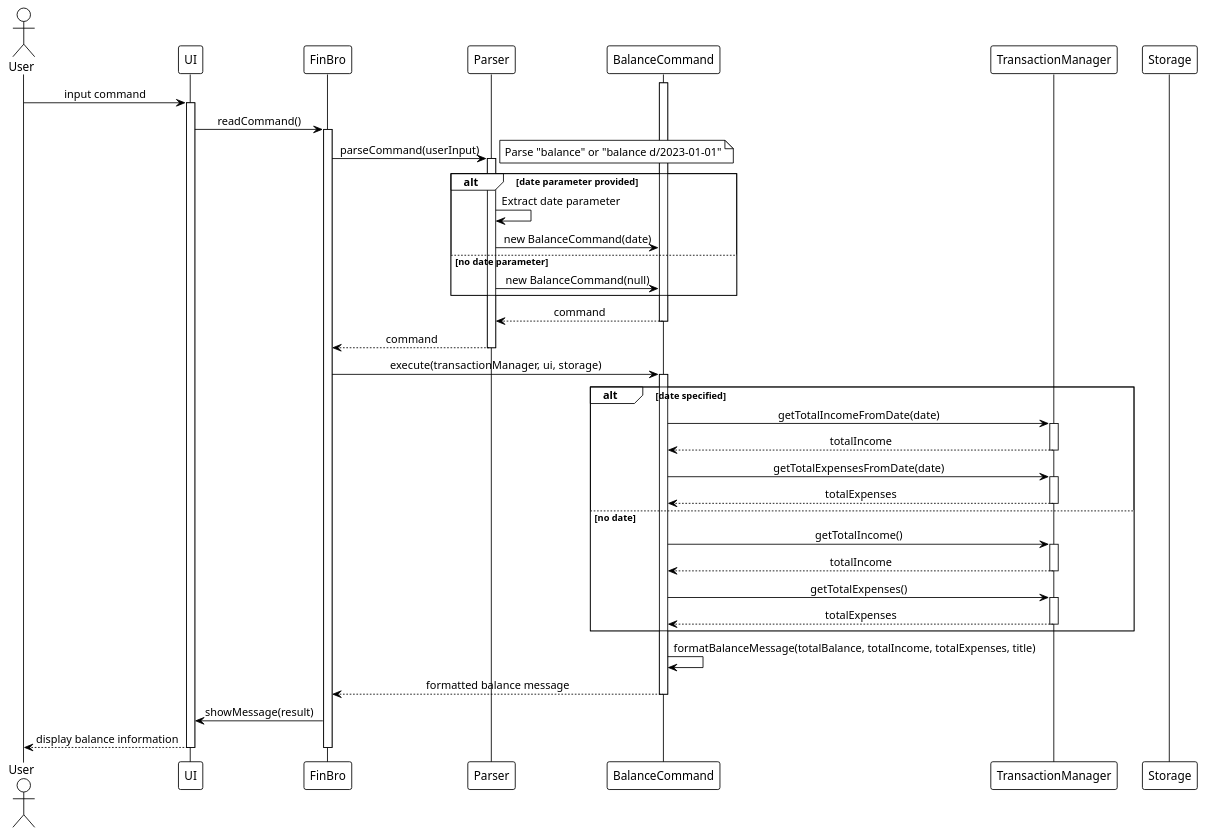
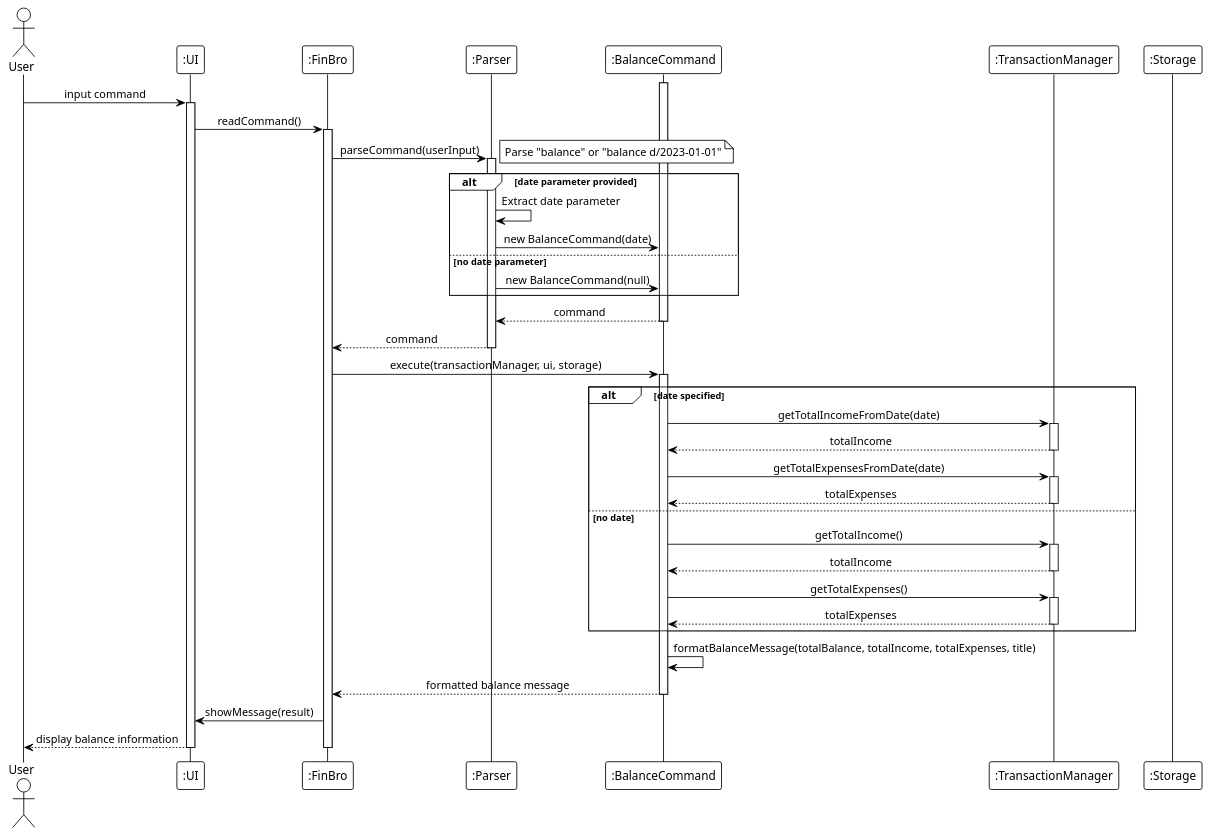
One commit to laitcanard05/tp changed diagram 19 of 20 in docs/DeveloperGuide.md. Above: the diagram before and after it, drawn with PlantUML.

Commit message:
Fix colon issues

````diff
--- a/docs/DeveloperGuide.md
+++ b/docs/DeveloperGuide.md
@@ -1624,73 +1624,73 @@
 ```puml
 @startuml
 !theme plain
 skinparam sequenceMessageAlign center
 skinparam responseMessageBelowArrow true
 
 actor "User" as User
-participant "UI" as UI
-participant "FinBro" as FinBro
-participant "Parser" as Parser
-participant "BalanceCommand" as BalanceCommand
-participant "TransactionManager" as TransactionMgr
-participant "Storage" as Storage
+participant ":UI" as UI
+participant ":FinBro" as FinBro
+participant ":Parser" as Parser
+participant ":BalanceCommand" as BalanceCommand
+participant ":TransactionManager" as TransactionMgr
+participant ":Storage" as Storage
 
 User -> UI : input command
 activate UI
 
 UI -> FinBro : readCommand()
 activate FinBro
 
 FinBro -> Parser : parseCommand(userInput)
 activate Parser
 note right: Parse "balance" or "balance d/2023-01-01"
 
 alt date parameter provided
     Parser -> Parser : Extract date parameter
     Parser -> BalanceCommand : new BalanceCommand(date)
 else no date parameter
     Parser -> BalanceCommand : new BalanceCommand(null)
 end
 
 activate BalanceCommand
 BalanceCommand --> Parser : command
 deactivate BalanceCommand
 Parser --> FinBro : command
 deactivate Parser
 
 FinBro -> BalanceCommand : execute(transactionManager, ui, storage)
 activate BalanceCommand
 
 alt date specified
     BalanceCommand -> TransactionMgr : getTotalIncomeFromDate(date)
     activate TransactionMgr
     TransactionMgr --> BalanceCommand : totalIncome
     deactivate TransactionMgr
 
     BalanceCommand -> TransactionMgr : getTotalExpensesFromDate(date)
     activate TransactionMgr
     TransactionMgr --> BalanceCommand : totalExpenses
     deactivate TransactionMgr
 else no date
     BalanceCommand -> TransactionMgr : getTotalIncome()
     activate TransactionMgr
     TransactionMgr --> BalanceCommand : totalIncome
     deactivate TransactionMgr
 
     BalanceCommand -> TransactionMgr : getTotalExpenses()
     activate TransactionMgr
     TransactionMgr --> BalanceCommand : totalExpenses
     deactivate TransactionMgr
 end
 
 BalanceCommand -> BalanceCommand : formatBalanceMessage(totalBalance, totalIncome, totalExpenses, title)
 BalanceCommand --> FinBro : formatted balance message
 deactivate BalanceCommand
 
 FinBro -> UI : showMessage(result)
 UI --> User : display balance information
 deactivate UI
 deactivate FinBro
 
 @enduml
 ```
````
